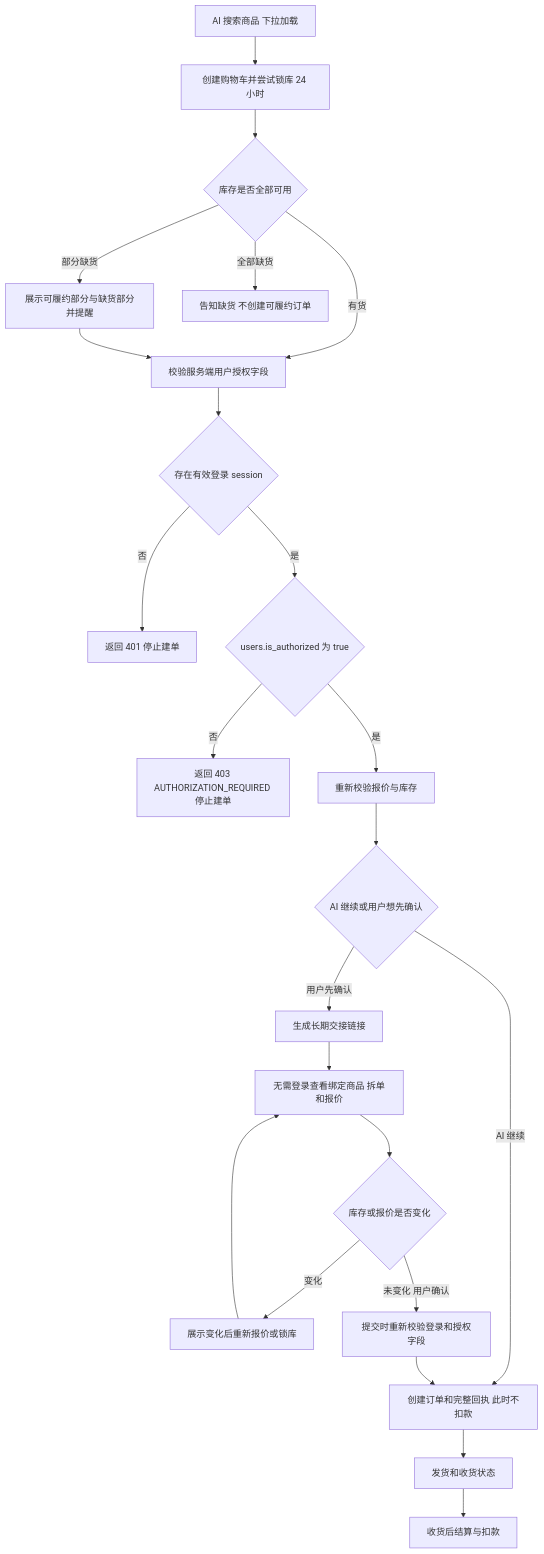
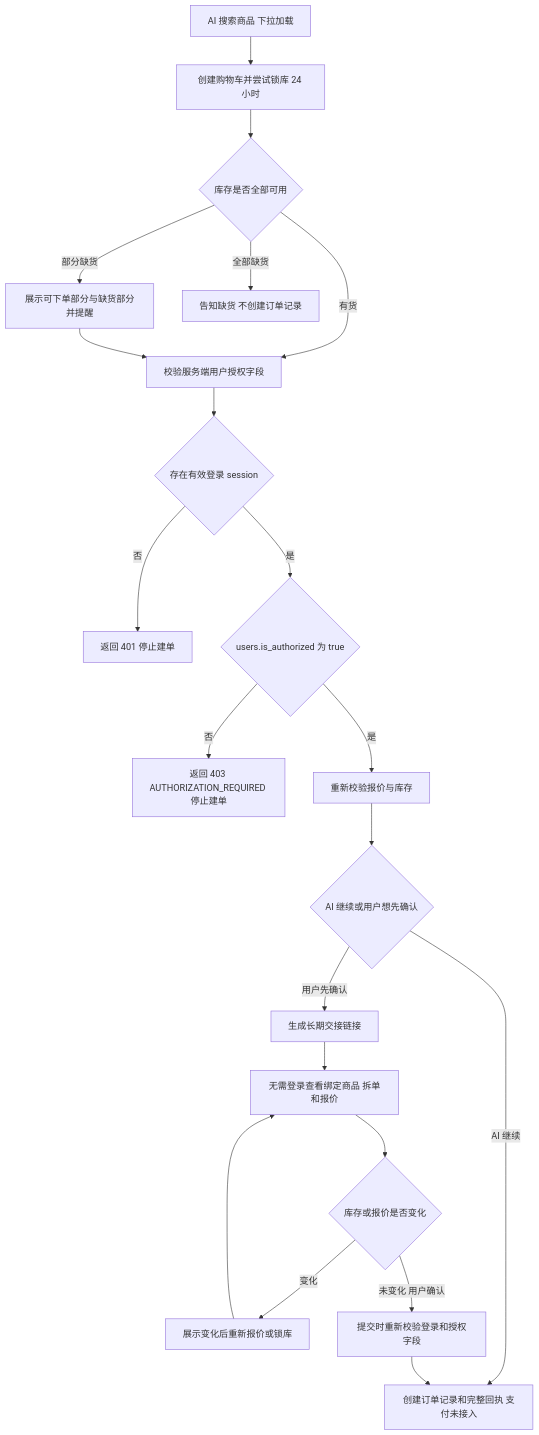
One commit to sunqun/ai-shop-assistant changed the second of 2 diagrams in docs/v0.1.0/frontend-technical-design.md. Above: the diagram before and after it, drawn with Mermaid. The commit also changed other lines of this file and 3 other files, not shown here.

````diff
--- a/docs/v0.1.0/frontend-technical-design.md
+++ b/docs/v0.1.0/frontend-technical-design.md
@@ -305,25 +276,23 @@
 ```mermaid
 flowchart TD
   A[AI 搜索商品 下拉加载] --> B[创建购物车并尝试锁库 24 小时]
   B --> C{库存是否全部可用}
-  C -->|部分缺货| D[展示可履约部分与缺货部分并提醒]
+  C -->|部分缺货| D[展示可下单部分与缺货部分并提醒]
   C -->|有货| E[校验服务端用户授权字段]
-  C -->|全部缺货| Z[告知缺货 不创建可履约订单]
+  C -->|全部缺货| Z[告知缺货 不创建订单记录]
   D --> E
   E --> F{存在有效登录 session}
   F -->|否| G[返回 401 停止建单]
   F -->|是| H{users.is_authorized 为 true}
   H -->|否| I[返回 403 AUTHORIZATION_REQUIRED 停止建单]
   H -->|是| J[重新校验报价与库存]
   J --> K{AI 继续或用户想先确认}
-  K -->|AI 继续| L[创建订单和完整回执 此时不扣款]
+  K -->|AI 继续| L[创建订单记录和完整回执 支付未接入]
   K -->|用户先确认| M[生成长期交接链接]
   M --> N[无需登录查看绑定商品 拆单和报价]
   N --> O{库存或报价是否变化}
   O -->|变化| P[展示变化后重新报价或锁库]
   P --> N
   O -->|未变化 用户确认| Q[提交时重新校验登录和授权字段]
   Q --> L
-  L --> R[发货和收货状态]
-  R --> S[收货后结算与扣款]
 ```
````
